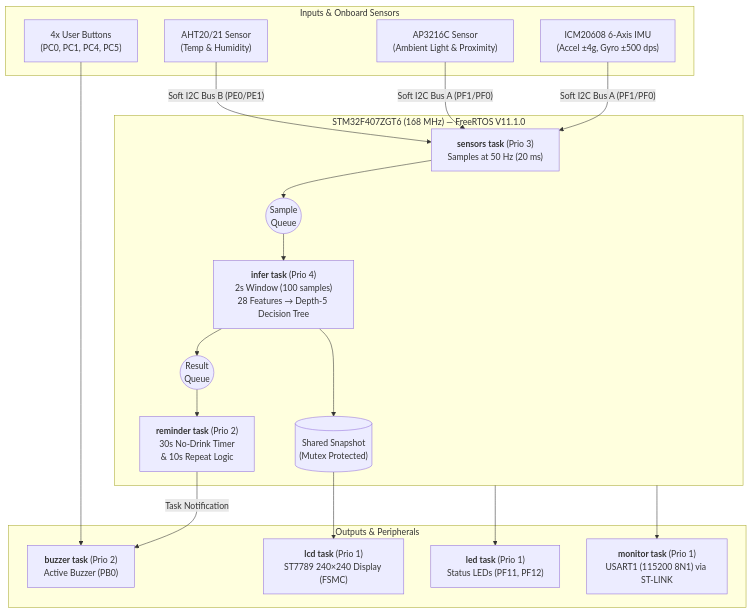
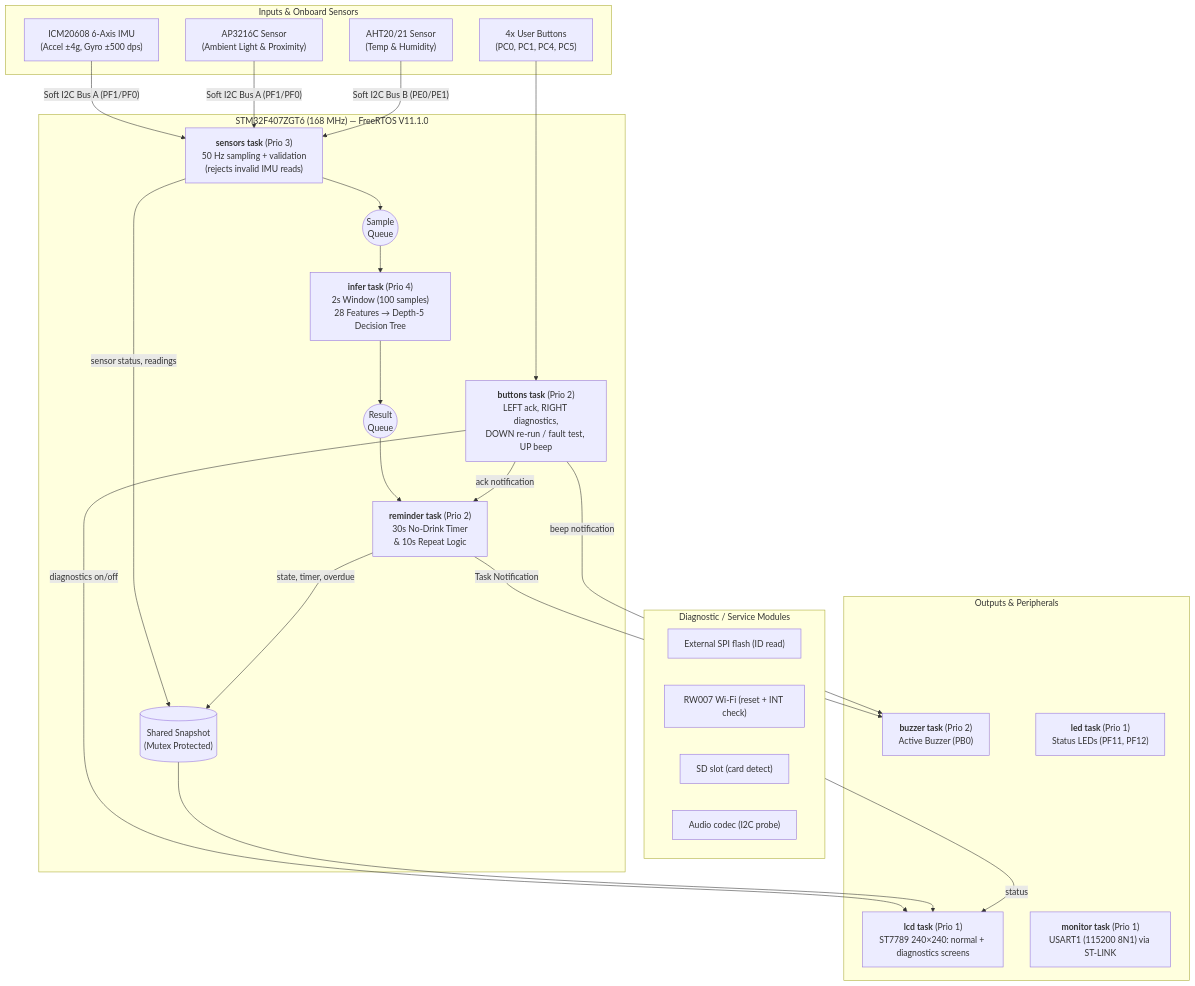
The diagram in docs/LAB_REPORT.md (monxx-ie/smart-water-bottle-reminder), drawn with Mermaid before and after one commit. The commit also changed other lines of this file, not shown here.

````diff
--- a/docs/LAB_REPORT.md
+++ b/docs/LAB_REPORT.md
@@ -32,35 +84,48 @@
 ```mermaid
 flowchart TD
     subgraph Inputs["Inputs & Onboard Sensors"]
         IMU["ICM20608 6-Axis IMU<br/>(Accel ±4g, Gyro ±500 dps)"]
         OPT["AP3216C Sensor<br/>(Ambient Light & Proximity)"]
         AHT["AHT20/21 Sensor<br/>(Temp & Humidity)"]
         BTN["4x User Buttons<br/>(PC0, PC1, PC4, PC5)"]
     end
 
     subgraph MCU["STM32F407ZGT6 (168 MHz) — FreeRTOS V11.1.0"]
-        SENS["<b>sensors task</b> (Prio 3)<br/>Samples at 50 Hz (20 ms)"]
+        SENS["<b>sensors task</b> (Prio 3)<br/>50 Hz sampling + validation<br/>(rejects invalid IMU reads)"]
         Q_SAMP(("Sample<br/>Queue"))
         INFER["<b>infer task</b> (Prio 4)<br/>2s Window (100 samples)<br/>28 Features → Depth-5 Decision Tree"]
         Q_RES(("Result<br/>Queue"))
         REM["<b>reminder task</b> (Prio 2)<br/>30s No-Drink Timer<br/>& 10s Repeat Logic"]
+        BTNT["<b>buttons task</b> (Prio 2)<br/>LEFT ack, RIGHT diagnostics,<br/>DOWN re-run / fault test, UP beep"]
         SNAP[("Shared Snapshot<br/>(Mutex Protected)")]
+    end
+
+    subgraph Diag["Diagnostic / Service Modules"]
+        FLASH["External SPI flash (ID read)"]
+        WIFI["RW007 Wi-Fi (reset + INT check)"]
+        SD["SD slot (card detect)"]
+        CODEC["Audio codec (I2C probe)"]
     end
 
     subgraph Outputs["Outputs & Peripherals"]
         BUZ["<b>buzzer task</b> (Prio 2)<br/>Active Buzzer (PB0)"]
-        LCD["<b>lcd task</b> (Prio 1)<br/>ST7789 240×240 Display (FSMC)"]
+        LCD["<b>lcd task</b> (Prio 1)<br/>ST7789 240×240: normal + diagnostics screens"]
         LED["<b>led task</b> (Prio 1)<br/>Status LEDs (PF11, PF12)"]
         UART["<b>monitor task</b> (Prio 1)<br/>USART1 (115200 8N1) via ST-LINK"]
     end
 
     IMU & OPT -->|"Soft I2C Bus A (PF1/PF0)"| SENS
     AHT -->|"Soft I2C Bus B (PE0/PE1)"| SENS
     SENS --> Q_SAMP --> INFER
+    SENS -->|"sensor status, readings"| SNAP
     INFER --> Q_RES --> REM
-    INFER --> SNAP
+    REM -->|"state, timer, overdue"| SNAP
     REM -->|"Task Notification"| BUZ
+    BTN --> BTNT
+    BTNT -->|"ack notification"| REM
+    BTNT -->|"beep notification"| BUZ
+    BTNT -->|"diagnostics on/off"| LCD
     SNAP --> LCD
-    BTN --> BUZ
-    MCU --> LED & UART
+    Diag -->|"status"| LCD
+    LED ~~~ UART
 ```
````
